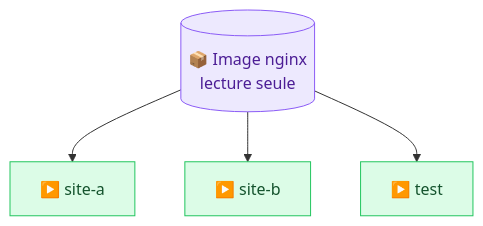
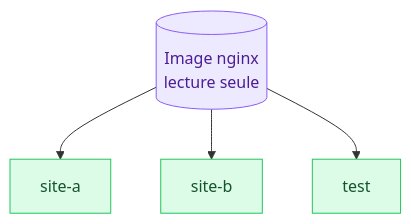
The third of 3 diagrams in methodologie-securite-it/docker/02-architecture.md (GoobyWoobies/HEIA-IT), drawn with Mermaid before and after one commit. The commit also changed other lines of this file and 24 other files, not shown here.

````diff
--- a/methodologie-securite-it/docker/02-architecture.md
+++ b/methodologie-securite-it/docker/02-architecture.md
@@ -191,12 +191,12 @@
 ```mermaid
 flowchart TB
-    I[("📦 Image nginx<br/>lecture seule")]
-    I --> C1["▶️ site-a"]
-    I --> C2["▶️ site-b"]
-    I --> C3["▶️ test"]
+    I[("Image nginx<br/>lecture seule")]
+    I --> C1["site-a"]
+    I --> C2["site-b"]
+    I --> C3["test"]
 
     style I fill:#ede9fe,stroke:#8b5cf6,color:#4c1d95
     style C1 fill:#dcfce7,stroke:#22c55e,color:#14532d
     style C2 fill:#dcfce7,stroke:#22c55e,color:#14532d
     style C3 fill:#dcfce7,stroke:#22c55e,color:#14532d
 ```
````
